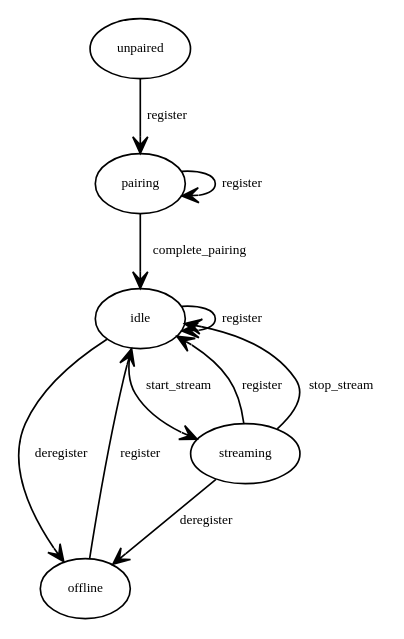
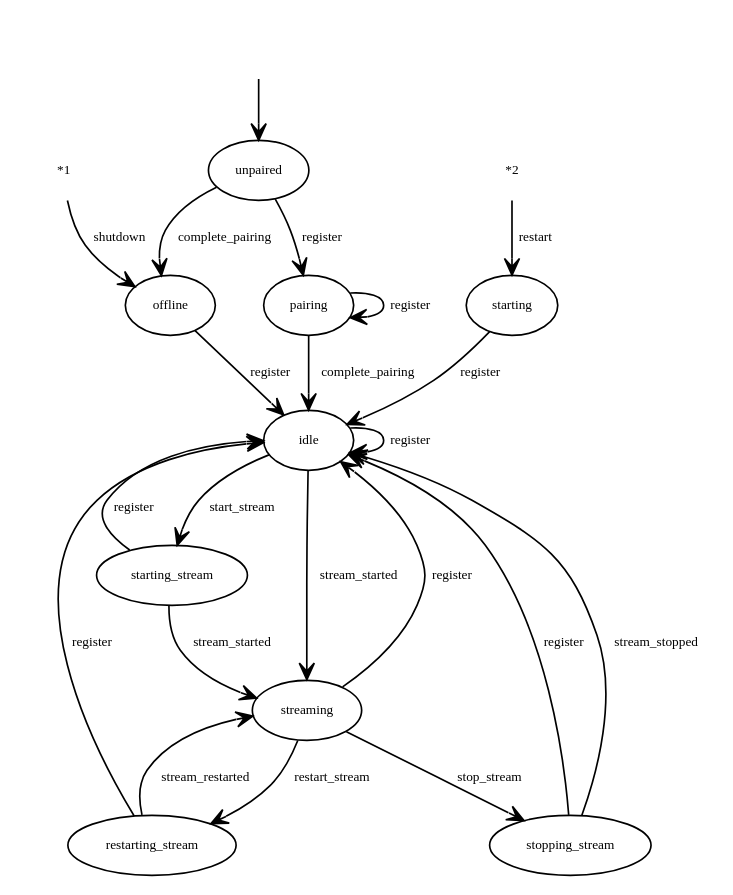
The diagram in doc/fsm_device.dot (voicerepublic/voicerepublic_dev), drawn with Graphviz before and after one commit. The commit also changed 5 other files, not shown here.

```diff
--- a/doc/fsm_device.dot
+++ b/doc/fsm_device.dot
@@ -1,47 +1,80 @@
 digraph G {
 
   // basic settings
 
   fontname = "Bitstream Vera Sans"
   fontsize = 8
 
   edge [
     fontname = "Bitstream Vera Sans"
     fontsize = 8
   ]
 
   node [
     fontname = "Bitstream Vera Sans"
     fontsize = 8
+    shape = "none"
   ]
 
+  "*1"
+  "*2"
+  ""
 
   // normal transitions
 
   edge [
     arrowtail = "none"
     arrowhead = "open"
   ]
 
   node [
     shape = "oval"
   ]
 
+  "" -> unpaired
 
-  unpaired -> pairing [label="register"]
-  pairing -> pairing [label="register"]
+  unpaired          -> pairing [label="register"]
+  pairing           -> pairing [label="register"]
 
-  offline -> idle [label="register"]
-  idle -> idle [label="register"]
-  streaming -> idle [label="register"]
+  offline           -> idle [label="register"]
+  idle              -> idle [label="register"]
+  starting_stream   -> idle [label="register"]
+  streaming         -> idle [label="register"]
+  restarting_stream -> idle [label="register"]
+  stopping_stream   -> idle [label="register"]
+  starting          -> idle [label="register"]
 
-  pairing -> idle [label="complete_pairing"]
+  pairing           -> idle [label="complete_pairing"]
+  unpaired          -> offline [label="complete_pairing"]
 
-  idle -> streaming [label="start_stream"]
-  streaming -> idle [label="stop_stream"]
+  idle              -> starting_stream [label="start_stream"]
+  idle              -> streaming [label="stream_started"]
+  starting_stream   -> streaming [label="stream_started"]
 
-  idle -> offline [label="deregister"]
-  streaming -> offline [label="deregister"]
+  streaming         -> stopping_stream [label="stop_stream"]
+  stopping_stream   -> idle [label="stream_stopped"]
 
+  streaming         -> restarting_stream [label="restart_stream"]
+  restarting_stream -> streaming [label="stream_restarted"]
+
+  //unpaired          -> offline [label="shutdown"]
+  //pairing           -> offline [label="shutdown"]
+  //idle              -> offline [label="shutdown"]
+  //starting_stream   -> offline [label="shutdown"]
+  //streaming         -> offline [label="shutdown"]
+  //restarting_stream -> offline [label="shutdown"]
+  //stopping_stream   -> offline [label="shutdown"]
+  //starting          -> offline [label="shutdown"]
+  //
+  //pairing           -> starting [label="restart"]
+  //idle              -> starting [label="restart"]
+  //starting_stream   -> starting [label="restart"]
+  //streaming         -> starting [label="restart"]
+  //restarting_stream -> starting [label="restart"]
+  //stopping_stream   -> starting [label="restart"]
+  //starting          -> starting [label="restart"]
+
+  "*1" -> offline  [label="shutdown"]
+  "*2" -> starting [label="restart"]
 
 }
```
